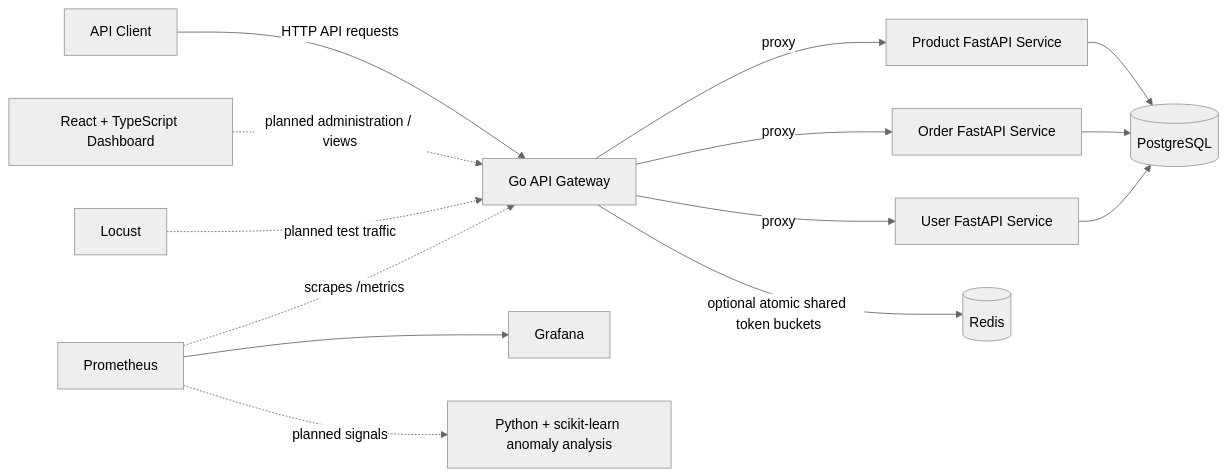
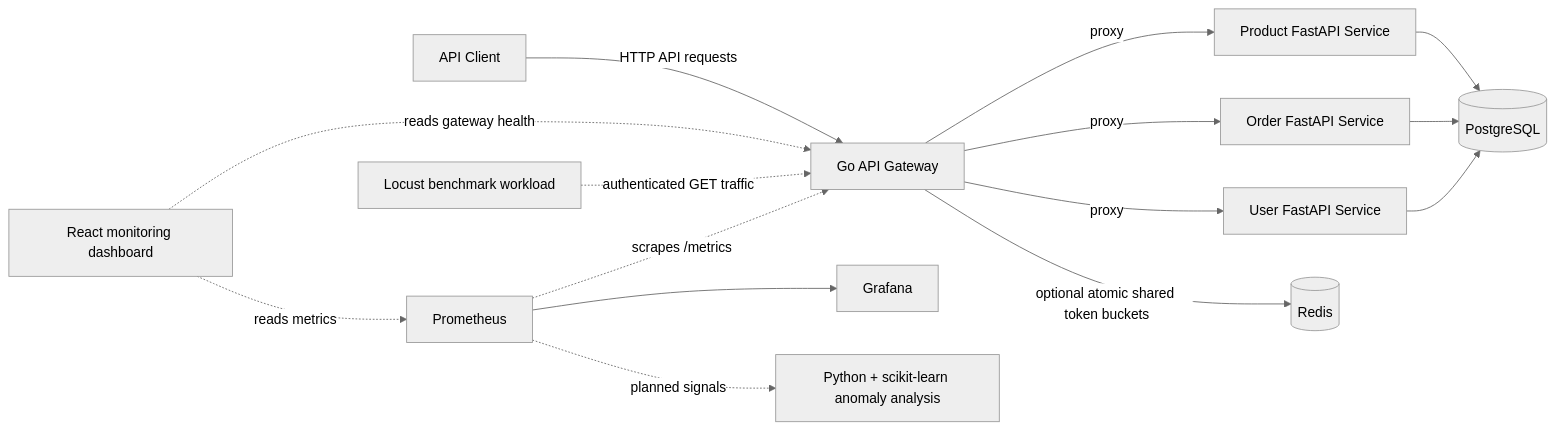
The first of 4 diagrams in ARCHITECTURE.md (Yushi7/IntelliGate), drawn with Mermaid (neutral theme) before and after one commit. The commit also changed other lines of this file and 8 other files, not shown here.

````diff
--- a/ARCHITECTURE.md
+++ b/ARCHITECTURE.md
@@ -9,16 +9,17 @@
 ```mermaid
 flowchart LR
     Client[API Client] -->|HTTP API requests| Gateway[Go API Gateway]
-    Dashboard[React + TypeScript Dashboard] -. planned administration / views .-> Gateway
+    Dashboard[React monitoring dashboard] -. reads gateway health .-> Gateway
     Gateway -->|proxy| Product[Product FastAPI Service]
     Gateway -->|proxy| Order[Order FastAPI Service]
     Gateway -->|proxy| User[User FastAPI Service]
     Gateway -->|optional atomic shared token buckets| Redis[(Redis)]
     Product --> PostgreSQL[(PostgreSQL)]
     Order --> PostgreSQL
     User --> PostgreSQL
     Prometheus -. scrapes /metrics .-> Gateway
+    Dashboard -. reads metrics .-> Prometheus
     Prometheus --> Grafana[Grafana]
-    Locust[Locust] -. planned test traffic .-> Gateway
+    Locust[Locust benchmark workload] -. authenticated GET traffic .-> Gateway
     Prometheus -. planned signals .-> Anomaly[Python + scikit-learn anomaly analysis]
 ```
````
